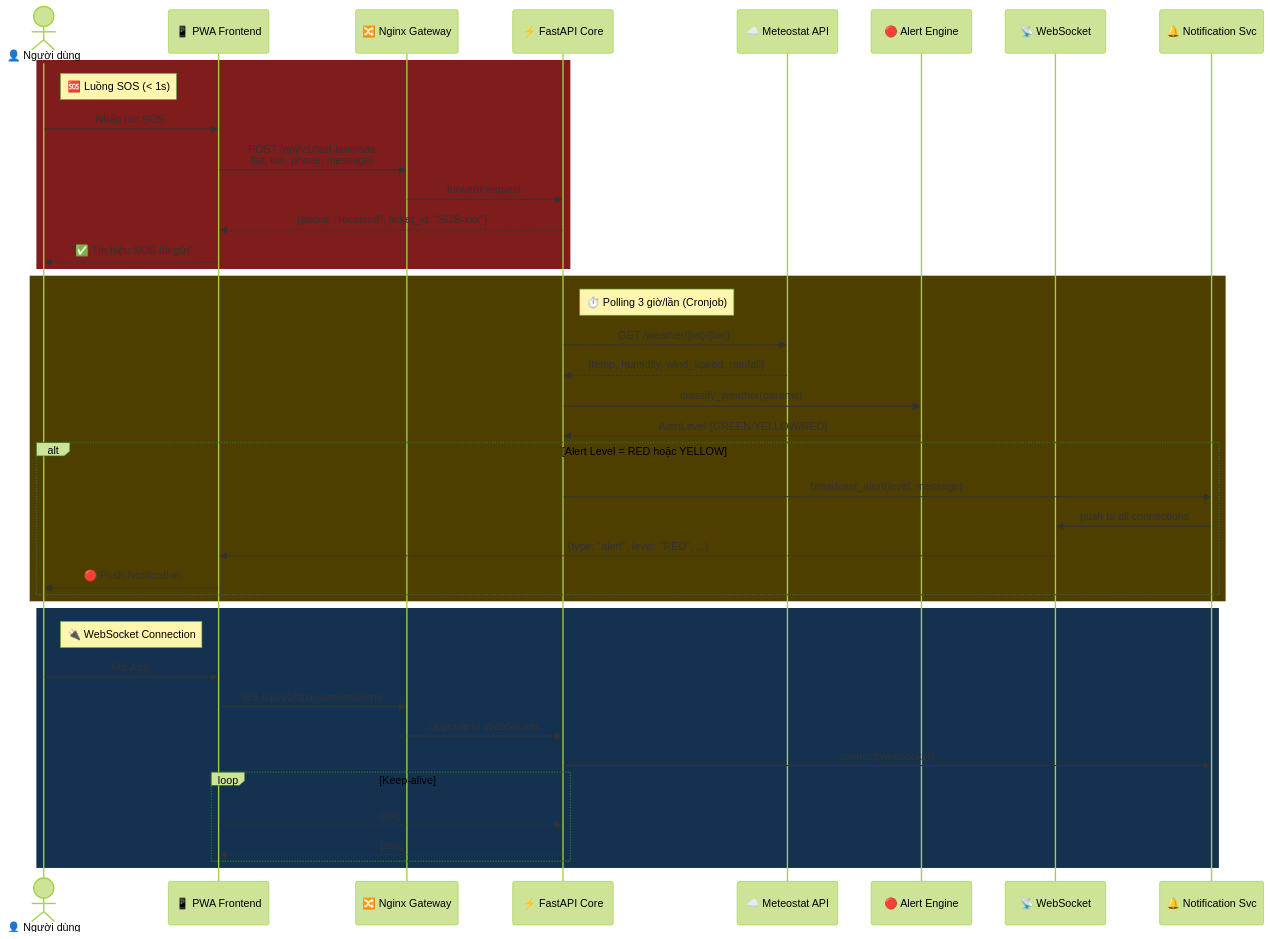
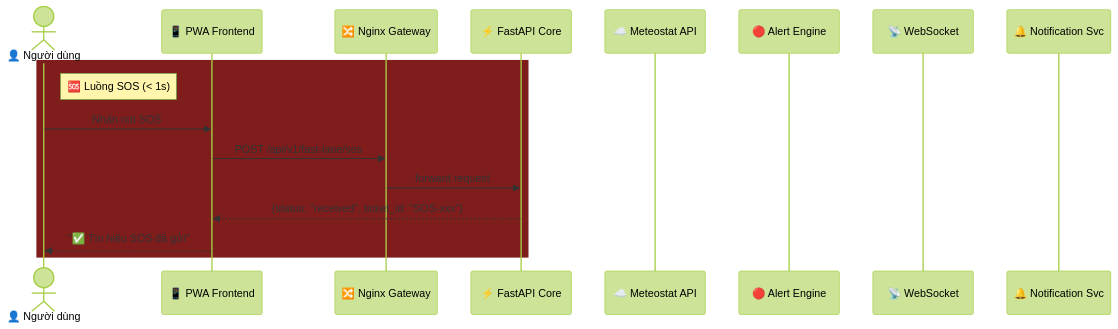
Before and after one commit to minhduc01168/rag-natural-disaster: the second of 5 diagrams in docs/architecture.md, drawn with Mermaid (forest theme). The commit also changed other lines of this file and 57 other files, not shown here.

Commit message:
docs: Update architecture and documentation for Agentic RAG pivot

````diff
--- a/docs/architecture.md
+++ b/docs/architecture.md
@@ -148,49 +145,21 @@
 ```mermaid
 sequenceDiagram
     actor User as 👤 Người dùng
     participant FE as 📱 PWA Frontend
     participant GW as 🔀 Nginx Gateway
     participant FA as ⚡ FastAPI Core
     participant WP as ☁️ Meteostat API
     participant AE as 🔴 Alert Engine
     participant WS as 📡 WebSocket
     participant NS as 🔔 Notification Svc
 
     %% ── SOS Flow ──
     rect rgb(127, 29, 29)
         note right of User: 🆘 Luồng SOS (< 1s)
         User ->> FE: Nhấn nút SOS
-        FE ->> GW: POST /api/v1/fast-lane/sos<br/>{lat, lon, phone, message}
+        FE ->> GW: POST /api/v1/fast-lane/sos
         GW ->> FA: forward request
         FA -->> FE: {status: "received", ticket_id: "SOS-xxx"}
         FE -->> User: "✅ Tín hiệu SOS đã gửi"
     end
-
-    %% ── Weather Alert Flow ──
-    rect rgb(78, 63, 0)
-        note right of FA: ⏱️ Polling 3 giờ/lần (Cronjob)
-        FA ->> WP: GET /weather/{lat}/{lon}
-        WP -->> FA: {temp, humidity, wind_speed, rainfall}
-        FA ->> AE: classify_weather(params)
-        AE -->> FA: AlertLevel {GREEN/YELLOW/RED}
-        alt Alert Level = RED hoặc YELLOW
-            FA ->> NS: broadcast_alert(level, message)
-            NS ->> WS: push to all connections
-            WS -->> FE: {type: "alert", level: "RED", ...}
-            FE -->> User: 🔴 Push Notification
-        end
-    end
-
-    %% ── WebSocket Handshake ──
-    rect rgb(20, 50, 80)
-        note right of User: 🔌 WebSocket Connection
-        User ->> FE: Mở App
-        FE ->> GW: WS /api/v1/fast-lane/ws/alerts
-        GW ->> FA: upgrade to WebSocket
-        FA ->> NS: connect(websocket)
-        loop Keep-alive
-            FE -->> FA: ping
-            FA -->> FE: pong
-        end
-    end
 ```
````
